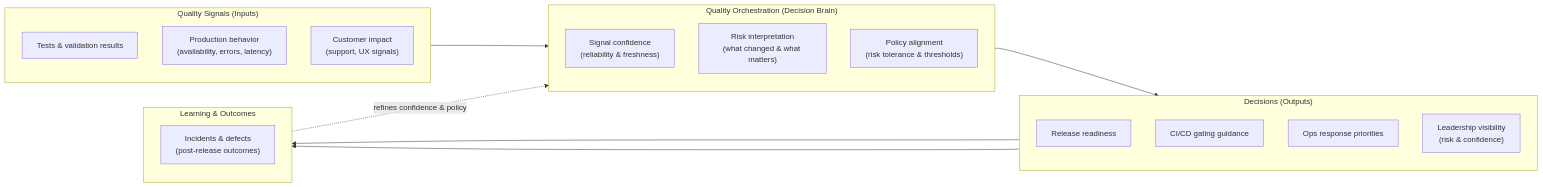
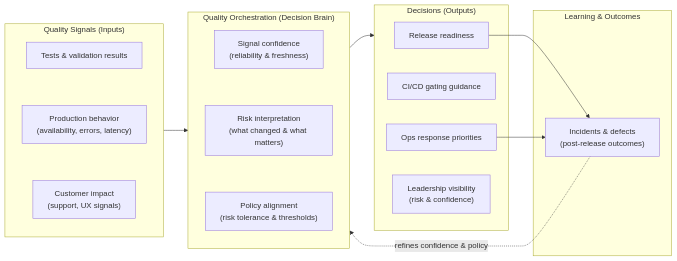
The diagram in diagrams/reference-architecture.mmd (Gaur10/quality-orchestration-reference), drawn with Mermaid before and after one commit.

Commit message:
Refactor quality orchestration diagram for clarity

```diff
--- a/diagrams/reference-architecture.mmd
+++ b/diagrams/reference-architecture.mmd
@@ -1,44 +1,38 @@
 flowchart LR
-  %% =========================================
   %% Diagram 1: Quality Orchestration (Leader View)
-  %% Left → Right narrative
-  %% Vertical stacks inside boxes
-  %% =========================================
+  %% Workaround: force vertical stacking via hidden links
 
-  %% INPUTS (VERTICAL STACK)
   subgraph IN["Quality Signals (Inputs)"]
-    direction TB
     IN1["Tests & validation results"]
     IN2["Production behavior<br/>(availability, errors, latency)"]
     IN3["Customer impact<br/>(support, UX signals)"]
+    IN1 --> IN2 --> IN3
+    linkStyle 0 stroke:transparent;
+    linkStyle 1 stroke:transparent;
   end
 
-  %% DECISION BRAIN (VERTICAL STACK)
   subgraph QB["Quality Orchestration (Decision Brain)"]
-    direction TB
     QB1["Signal confidence<br/>(reliability & freshness)"]
     QB2["Risk interpretation<br/>(what changed & what matters)"]
     QB3["Policy alignment<br/>(risk tolerance & thresholds)"]
+    QB1 --> QB2 --> QB3
+    linkStyle 2 stroke:transparent;
+    linkStyle 3 stroke:transparent;
   end
 
-  %% OUTPUTS (VERTICAL STACK – already correct)
   subgraph OUT["Decisions (Outputs)"]
-    direction TB
     OUT1["Release readiness"]
     OUT2["CI/CD gating guidance"]
     OUT3["Ops response priorities"]
     OUT4["Leadership visibility<br/>(risk & confidence)"]
   end
 
-  %% PRIMARY FLOW (BOX TO BOX ONLY)
   IN --> QB --> OUT
 
-  %% LEARNING LOOP (BOTTOM, NON-INTRUSIVE)
   subgraph LEARN["Learning & Outcomes"]
-    direction TB
     L1["Incidents & defects<br/>(post-release outcomes)"]
   end
 
+  OUT1 --> L1
   OUT3 --> L1
-  OUT1 --> L1
   L1 -. "refines confidence & policy" .-> QB
```
